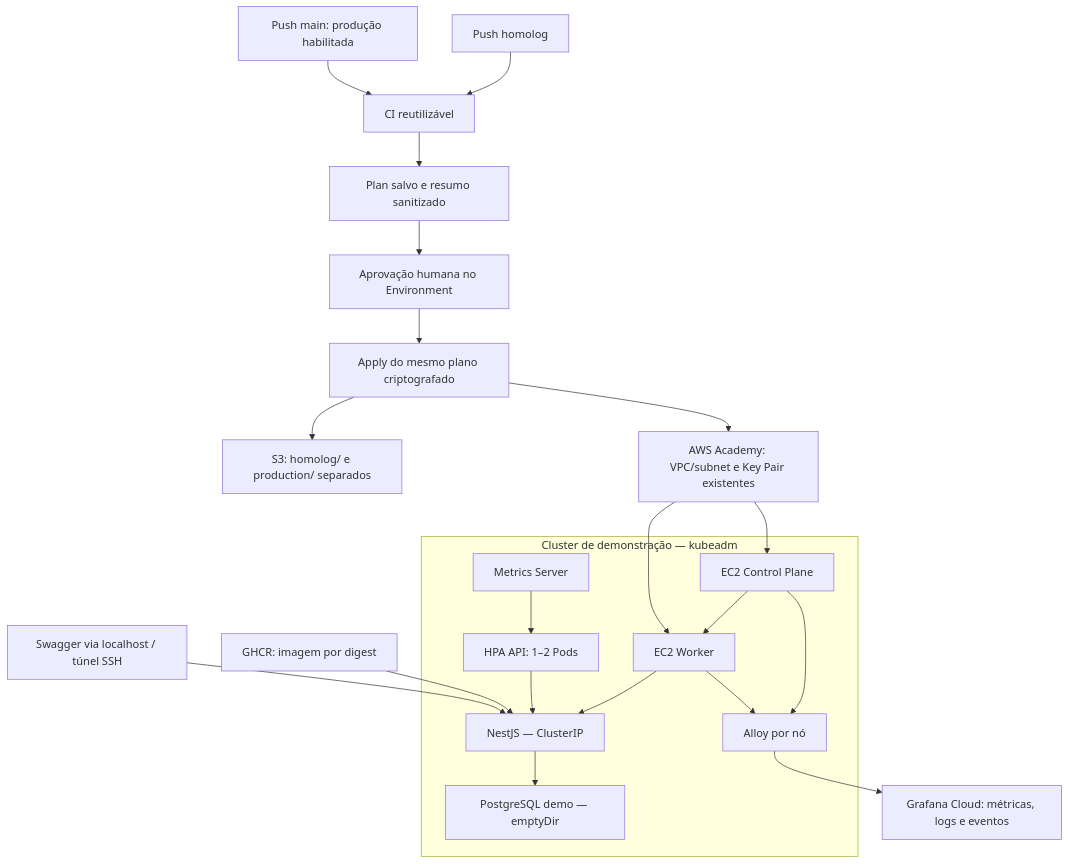
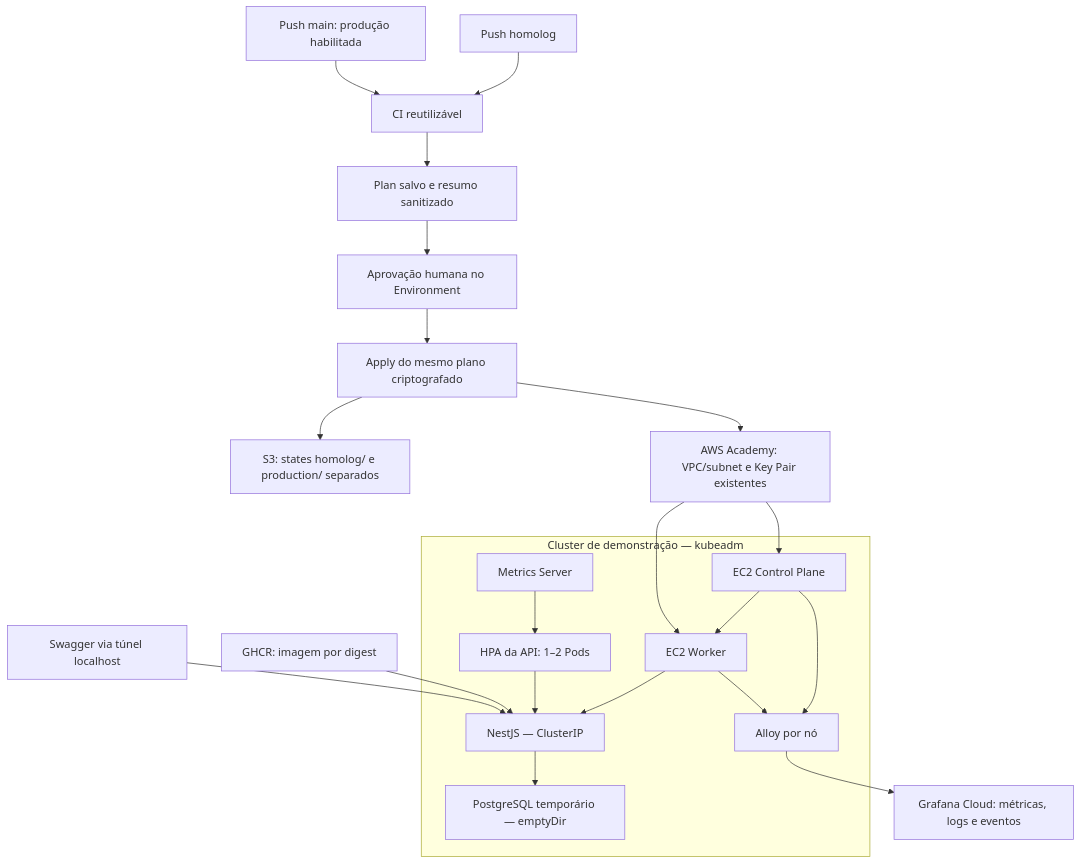
Before and after one commit to FernandoGreco/techChallengePosTech-k8s-infra: the diagram in README.md, drawn with Mermaid. The commit also changed other lines of this file and 32 other files, not shown here.

````diff
--- a/README.md
+++ b/README.md
@@ -15,25 +14,25 @@
 ```mermaid
 flowchart TB
   H["Push homolog"] --> CI["CI reutilizável"]
   M["Push main: produção habilitada"] --> CI
   CI --> P["Plan salvo e resumo sanitizado"]
   P --> A["Aprovação humana no Environment"]
   A --> AP["Apply do mesmo plano criptografado"]
-  AP --> S3["S3: homolog/ e production/ separados"]
+  AP --> S3["S3: states homolog/ e production/ separados"]
   AP --> AWS["AWS Academy: VPC/subnet e Key Pair existentes"]
-  subgraph DEMO["Cluster de demonstração — kubeadm"]
+  subgraph K8S["Cluster de demonstração — kubeadm"]
     CP["EC2 Control Plane"] --> WK["EC2 Worker"]
     WK --> API["NestJS — ClusterIP"]
-    API --> PG["PostgreSQL demo — emptyDir"]
-    MS["Metrics Server"] --> HPA["HPA API: 1–2 Pods"]
+    API --> PG["PostgreSQL temporário — emptyDir"]
+    MS["Metrics Server"] --> HPA["HPA da API: 1–2 Pods"]
     HPA --> API
     AL["Alloy por nó"]
   end
   AWS --> CP
   AWS --> WK
   GHCR["GHCR: imagem por digest"] --> API
-  LOCAL["Swagger via localhost / túnel SSH"] --> API
+  LOCAL["Swagger via túnel localhost"] --> API
   CP --> AL
   WK --> AL
   AL --> GC["Grafana Cloud: métricas, logs e eventos"]
 ```
````
